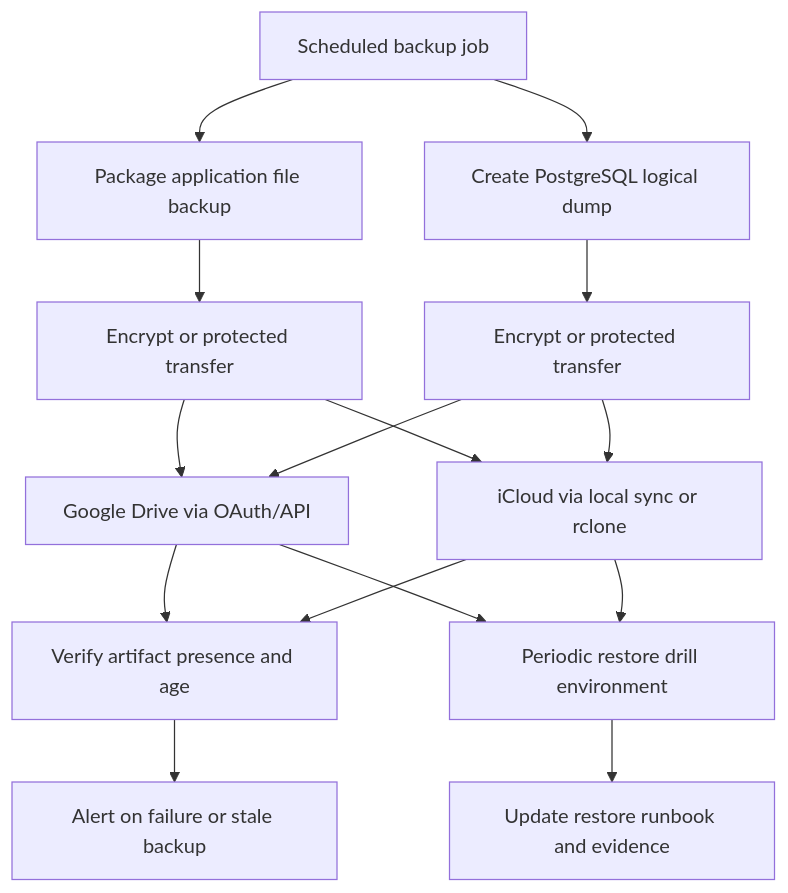
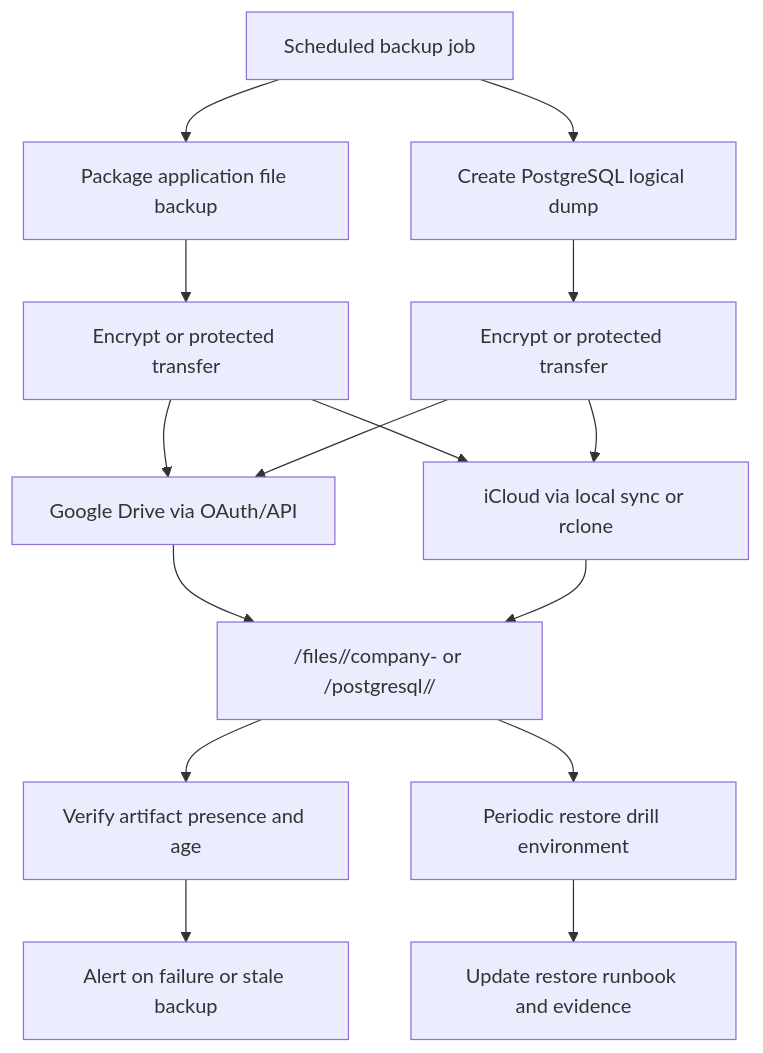
Before and after one commit to DriveToTech/ksiegowy-vibe: the diagram in spec/backup-implementation-plan.md, drawn with Mermaid. The commit also changed other lines of this file and 29 other files, not shown here.

````diff
--- a/spec/backup-implementation-plan.md
+++ b/spec/backup-implementation-plan.md
@@ -164,21 +171,22 @@
 ```mermaid
 flowchart TD
     Scheduler[Scheduled backup job] --> FileBackup[Package application file backup]
     Scheduler --> DatabaseBackup[Create PostgreSQL logical dump]
 
     FileBackup --> EncryptFiles[Encrypt or protected transfer]
     DatabaseBackup --> EncryptDatabase[Encrypt or protected transfer]
 
     EncryptFiles --> RemoteA[Google Drive via OAuth/API]
     EncryptFiles --> RemoteB[iCloud via local sync or rclone]
     EncryptDatabase --> RemoteA
     EncryptDatabase --> RemoteB
 
-    RemoteA --> Verification[Verify artifact presence and age]
-    RemoteB --> Verification
+    RemoteA --> CanonicalRoot[<BACKUP_DESTINATION_ROOT>/files/<environment>/company-<companyId> or <BACKUP_DESTINATION_ROOT>/postgresql/<environment>/<timestamp>]
+    RemoteB --> CanonicalRoot
+
+    CanonicalRoot --> Verification[Verify artifact presence and age]
     Verification --> Alerts[Alert on failure or stale backup]
 
-    RemoteA --> RestoreDrill[Periodic restore drill environment]
-    RemoteB --> RestoreDrill
+    CanonicalRoot --> RestoreDrill[Periodic restore drill environment]
     RestoreDrill --> Runbook[Update restore runbook and evidence]
 ```
````
